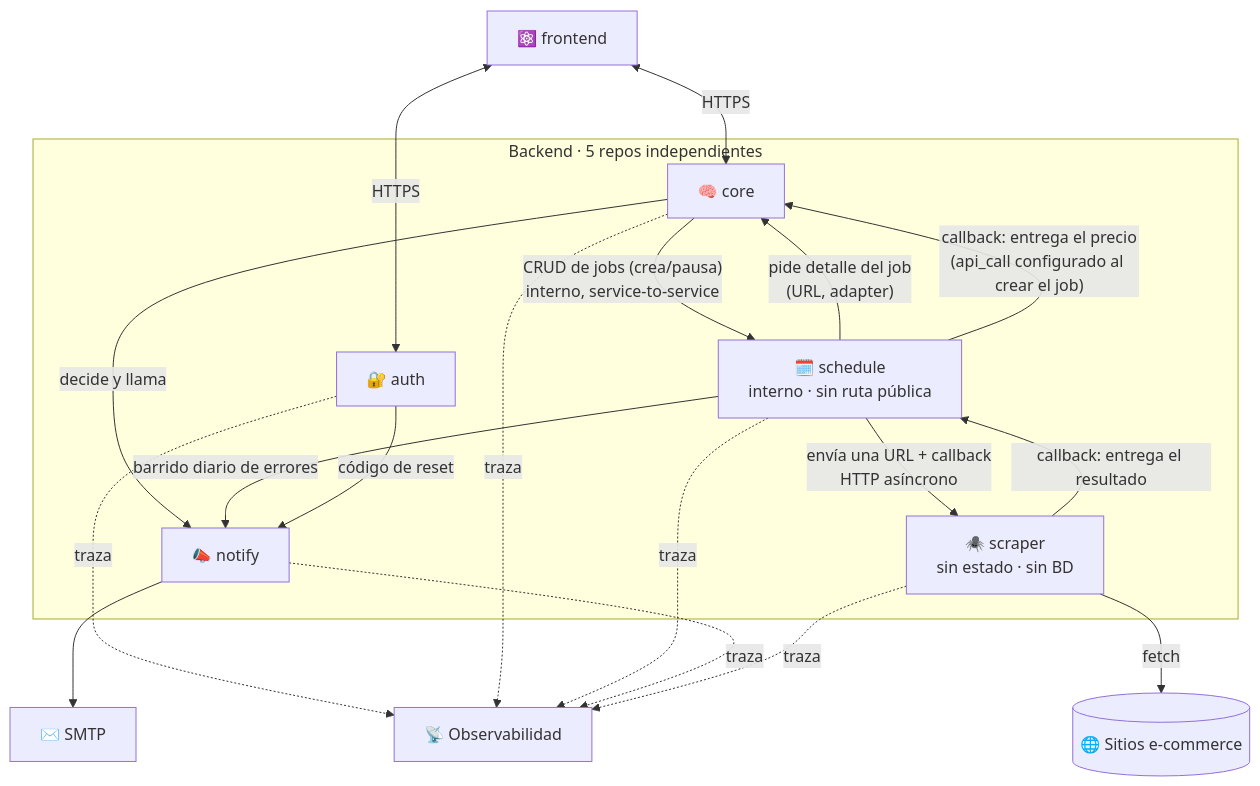
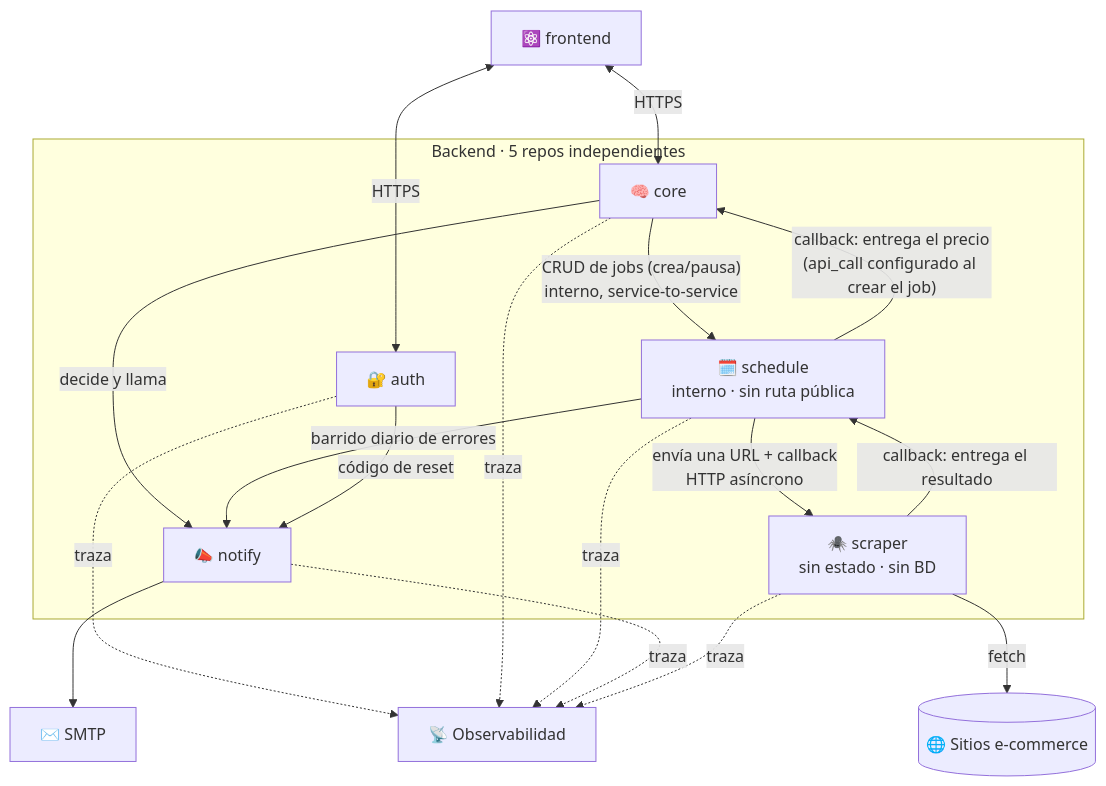
Before and after one commit to vida-I-found-it/architecture: the second of 6 diagrams in docs/architecture/general-architecture.md, drawn with Mermaid. The commit also changed other lines of this file and 6 other files, not shown here.

First line of the commit message:
docs(architecture): 🏗️ send the URLs to schedule when the capture job is created (ADR-0004, CU-03)

````diff
--- a/docs/architecture/general-architecture.md
+++ b/docs/architecture/general-architecture.md
@@ -82,29 +82,28 @@
 ```mermaid
 graph TB
     PWA[⚛️ frontend]
 
     subgraph BACKEND["Backend · 5 repos independientes"]
         AUTH2[🔐 auth]
         CORE2[🧠 core]
         SCHED2[🗓️ schedule<br/>interno · sin ruta pública]
         NOTIFY2[📣 notify]
         SCR2[🕷️ scraper<br/>sin estado · sin BD]
     end
 
     SITES2[(🌐 Sitios e-commerce)]
     SMTP2[✉️ SMTP]
     OBS2[📡 Observabilidad]
 
     PWA <-->|HTTPS| AUTH2
     PWA <-->|HTTPS| CORE2
     CORE2 -->|"CRUD de jobs (crea/pausa)<br/>interno, service-to-service"| SCHED2
-    SCHED2 -->|"pide detalle del job<br/>(URL, adapter)"| CORE2
     SCHED2 -->|"envía una URL + callback<br/>HTTP asíncrono"| SCR2
     SCR2 -->|"callback: entrega el resultado"| SCHED2
     SCHED2 -->|"callback: entrega el precio<br/>(api_call configurado al crear el job)"| CORE2
     SCR2 -->|fetch| SITES2
     CORE2 -->|"decide y llama"| NOTIFY2 --> SMTP2
     SCHED2 -->|"barrido diario de errores"| NOTIFY2
     AUTH2 -->|"código de reset"| NOTIFY2
     AUTH2 & CORE2 & SCHED2 & NOTIFY2 & SCR2 -.->|traza| OBS2
 ```
````
